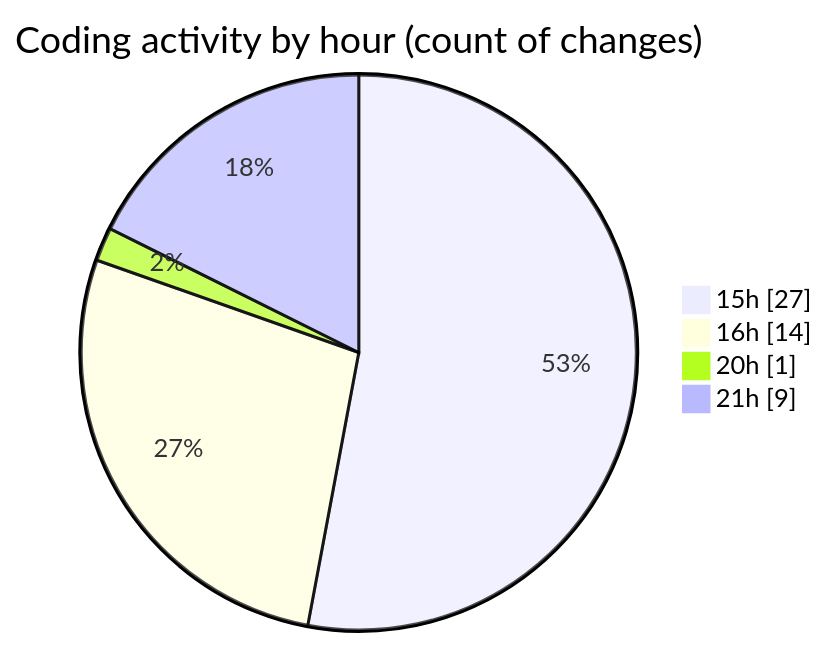
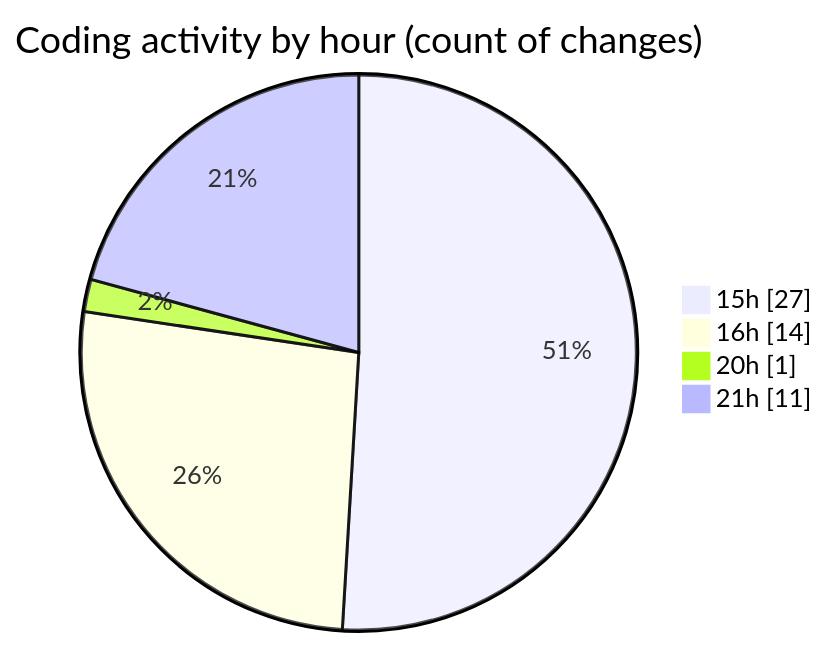
Before and after one commit to idhammustaqopulfikri/code-tracking: the second of 2 diagrams in 2025-06-06/sewa-mobil/README.md, drawn with Mermaid. The commit also changed other lines of this file and 1 other file, not shown here.

````diff
--- a/2025-06-06/sewa-mobil/README.md
+++ b/2025-06-06/sewa-mobil/README.md
@@ -43,8 +43,8 @@
 ```mermaid
 pie showData
 title Coding activity by hour (count of changes)
 "15h" : 27
 "16h" : 14
 "20h" : 1
-"21h" : 9
+"21h" : 11
 ```
````
